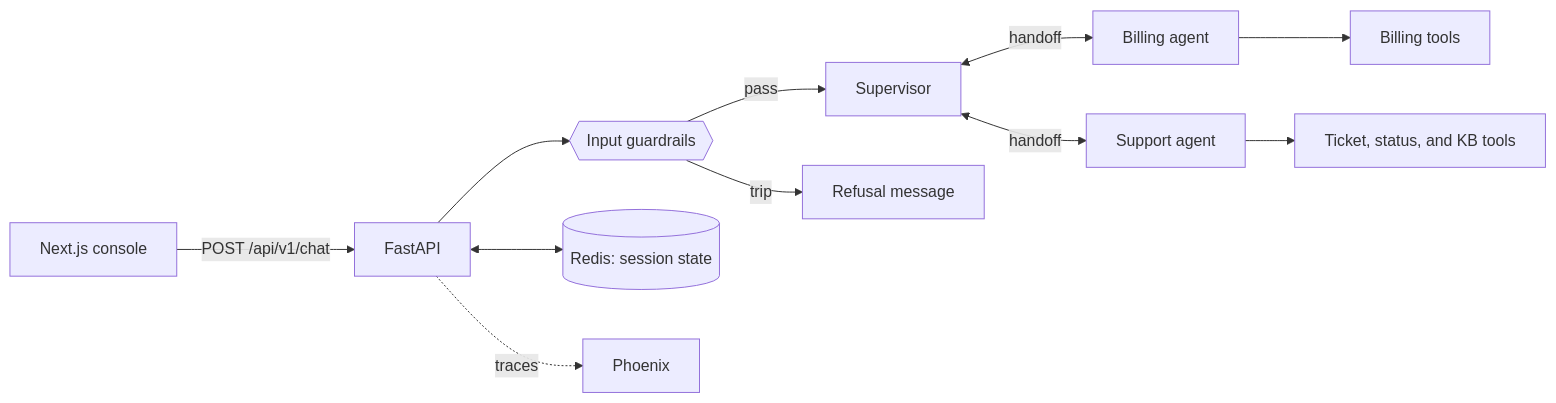
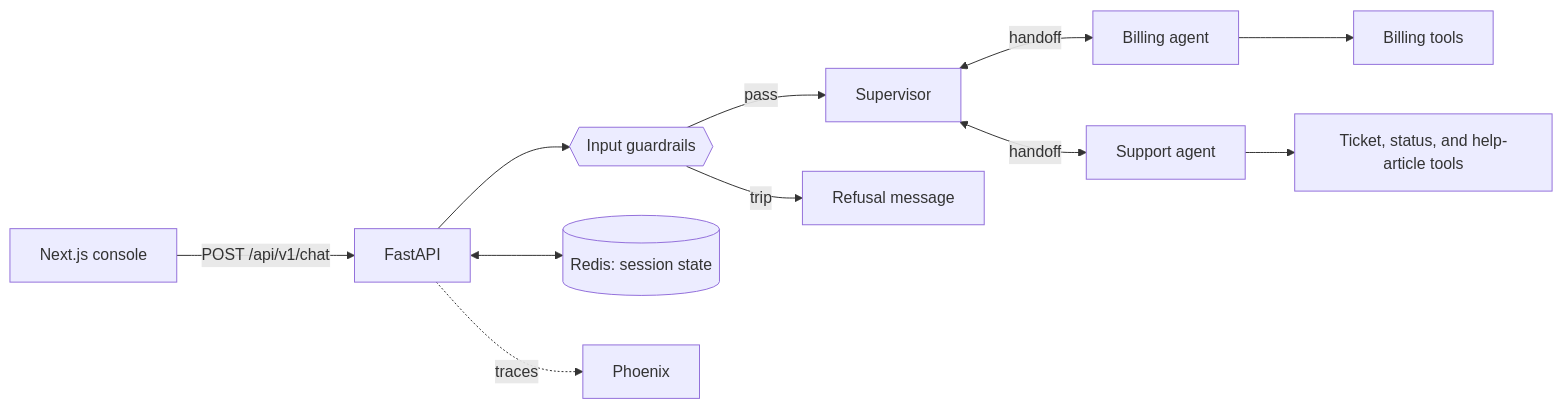
One commit to aidaploco/customer-service-agent changed the diagram in README.md. Above: the diagram before and after it, drawn with Mermaid. The commit also changed other lines of this file and 25 other files, not shown here.

````diff
--- a/README.md
+++ b/README.md
@@ -9,13 +9,13 @@
 ```mermaid
 flowchart LR
     UI[Next.js console] -->|POST /api/v1/chat| API[FastAPI]
     API --> G{{Input guardrails}}
     G -->|pass| S[Supervisor]
     G -->|trip| R[Refusal message]
     S <-->|handoff| B[Billing agent]
     S <-->|handoff| SP[Support agent]
     B --> BT[Billing tools]
-    SP --> ST[Ticket, status, and KB tools]
+    SP --> ST[Ticket, status, and help-article tools]
     API <--> RD[(Redis: session state)]
     API -.traces.-> PX[Phoenix]
 ```
````
